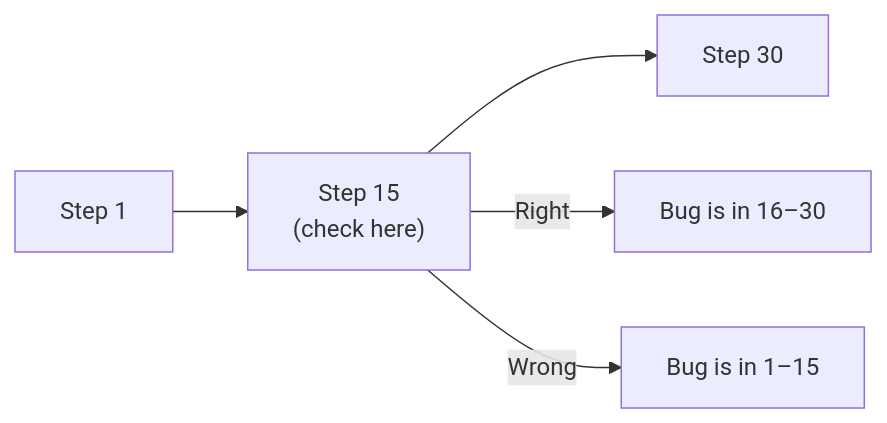
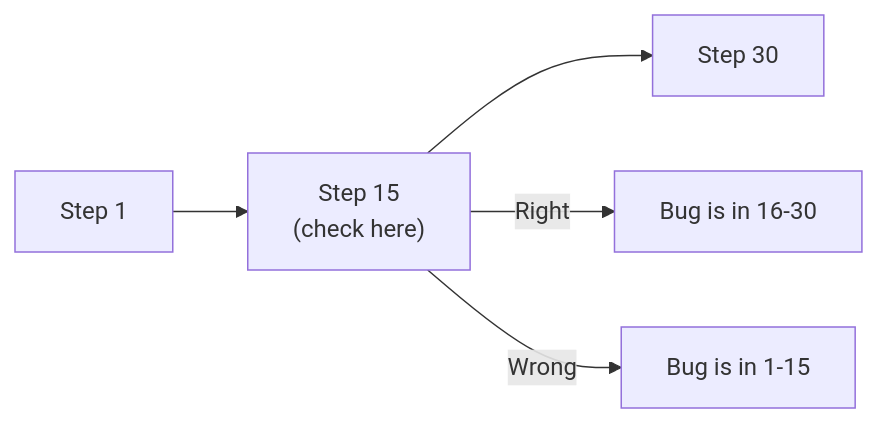
The second of 2 diagrams in content/courses/data-analysis-python-pandas/debugging-analysis-code.mdx (dataslope/dataslope), drawn with Mermaid before and after one commit. The commit also changed 3 other files, not shown here.

First line of the commit message:
Normalize special dashes inside mermaid diagram labels

````diff
--- a/content/courses/data-analysis-python-pandas/debugging-analysis-code.mdx
+++ b/content/courses/data-analysis-python-pandas/debugging-analysis-code.mdx
@@ -178,6 +178,6 @@
 ```mermaid
 flowchart LR
   S["Step 1"] --> M["Step 15<br/>(check here)"] --> E["Step 30"]
-  M -- "Right" --> R1["Bug is in 16–30"]
-  M -- "Wrong" --> R2["Bug is in 1–15"]
+  M -- "Right" --> R1["Bug is in 16-30"]
+  M -- "Wrong" --> R2["Bug is in 1-15"]
 ```
````
